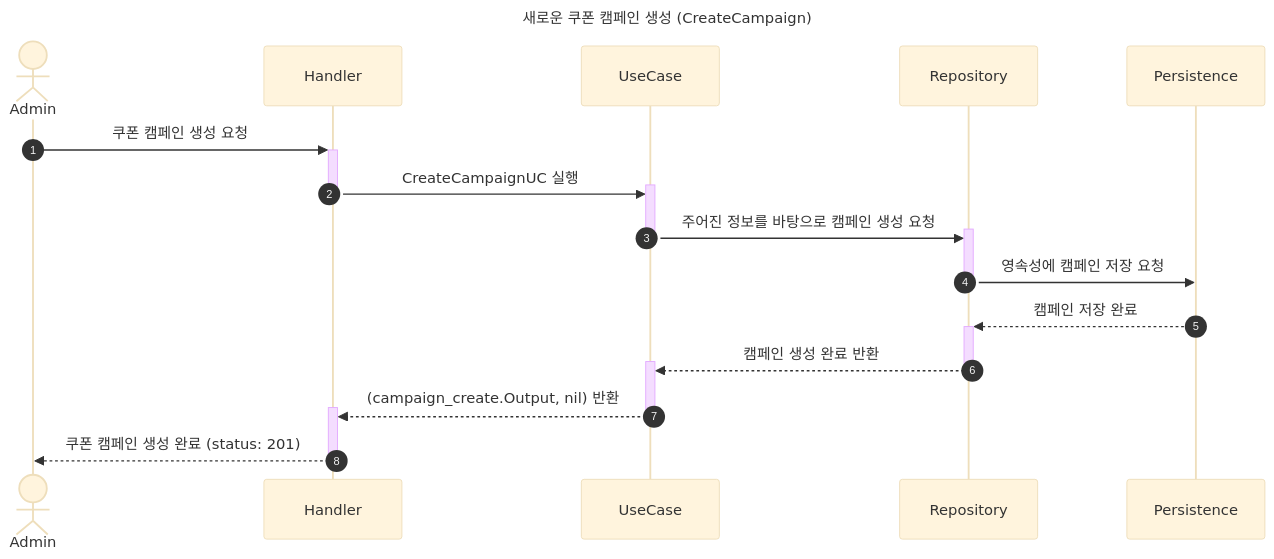
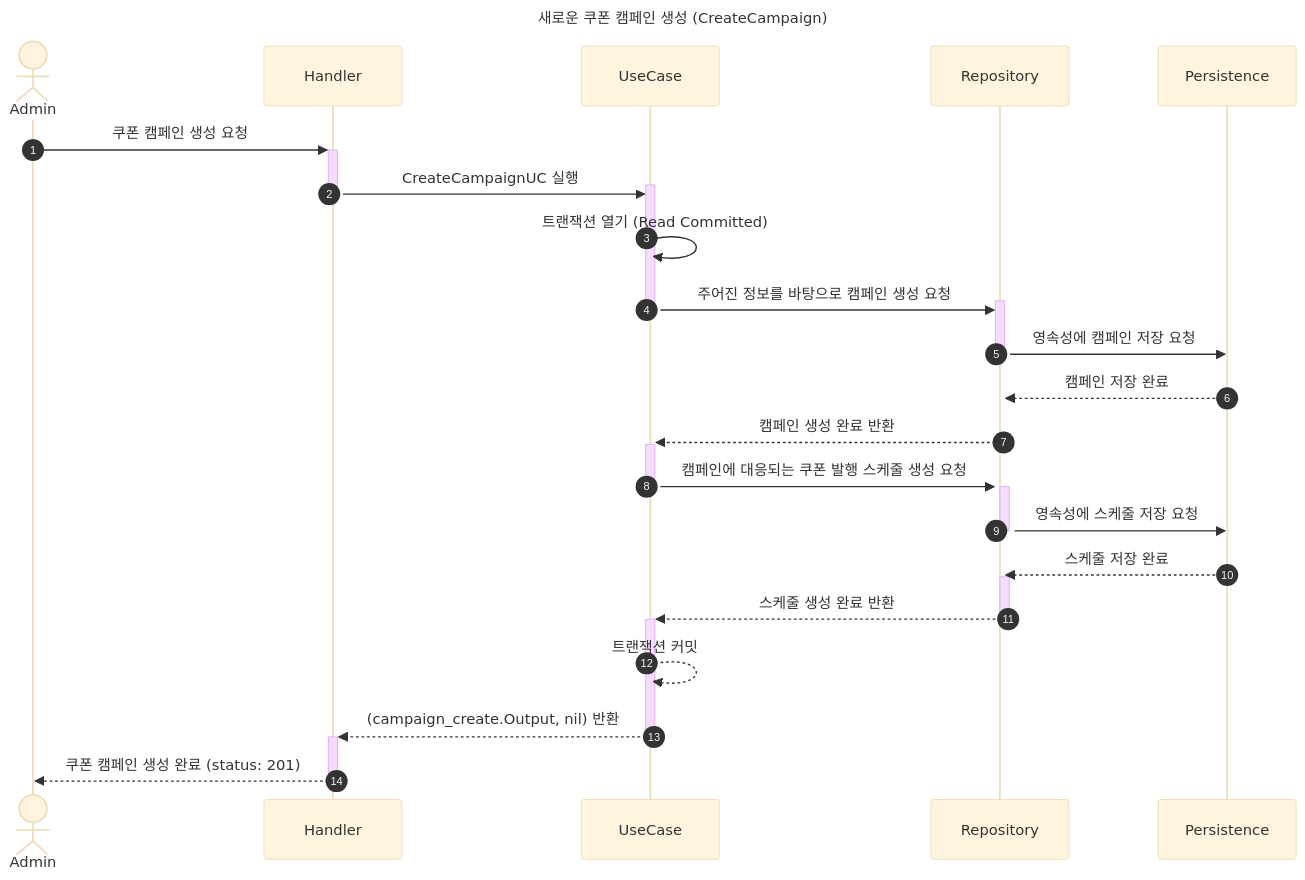
Before and after one commit to loveo2d/coupon-issuance-system: the first of 4 diagrams in README.md, drawn with Mermaid (base theme). The commit also changed other lines of this file, not shown here.

````diff
--- a/README.md
+++ b/README.md
@@ -29,26 +45,34 @@
 ```mermaid
 sequenceDiagram
     title 새로운 쿠폰 캠페인 생성 (CreateCampaign)
     autonumber
 
     actor A as Admin
     participant B as Handler
     participant C as UseCase
     participant D as Repository
     participant E as Persistence
 
     A->>+B: 쿠폰 캠페인 생성 요청
     B->>+C: CreateCampaignUC 실행
     deactivate B
+    C->>C: 트랜잭션 열기 (Read Committed)
     C->>+D: 주어진 정보를 바탕으로 캠페인 생성 요청
     deactivate C
     D->>E: 영속성에 캠페인 저장 요청
     deactivate D
     E-->>+D: 캠페인 저장 완료
     D-->>+C: 캠페인 생성 완료 반환
+    C->>+D: 캠페인에 대응되는 쿠폰 발행 스케줄 생성 요청
+    deactivate C
+    D->>E: 영속성에 스케줄 저장 요청
     deactivate D
+    E-->>+D: 스케줄 저장 완료
+    D-->>+C: 스케줄 생성 완료 반환
+    deactivate D
+    C-->>C: 트랜잭션 커밋
     C-->>+B: (campaign_create.Output, nil) 반환
     deactivate C
     B-->>A: 쿠폰 캠페인 생성 완료 (status: 201)
     deactivate B
 ```
````
